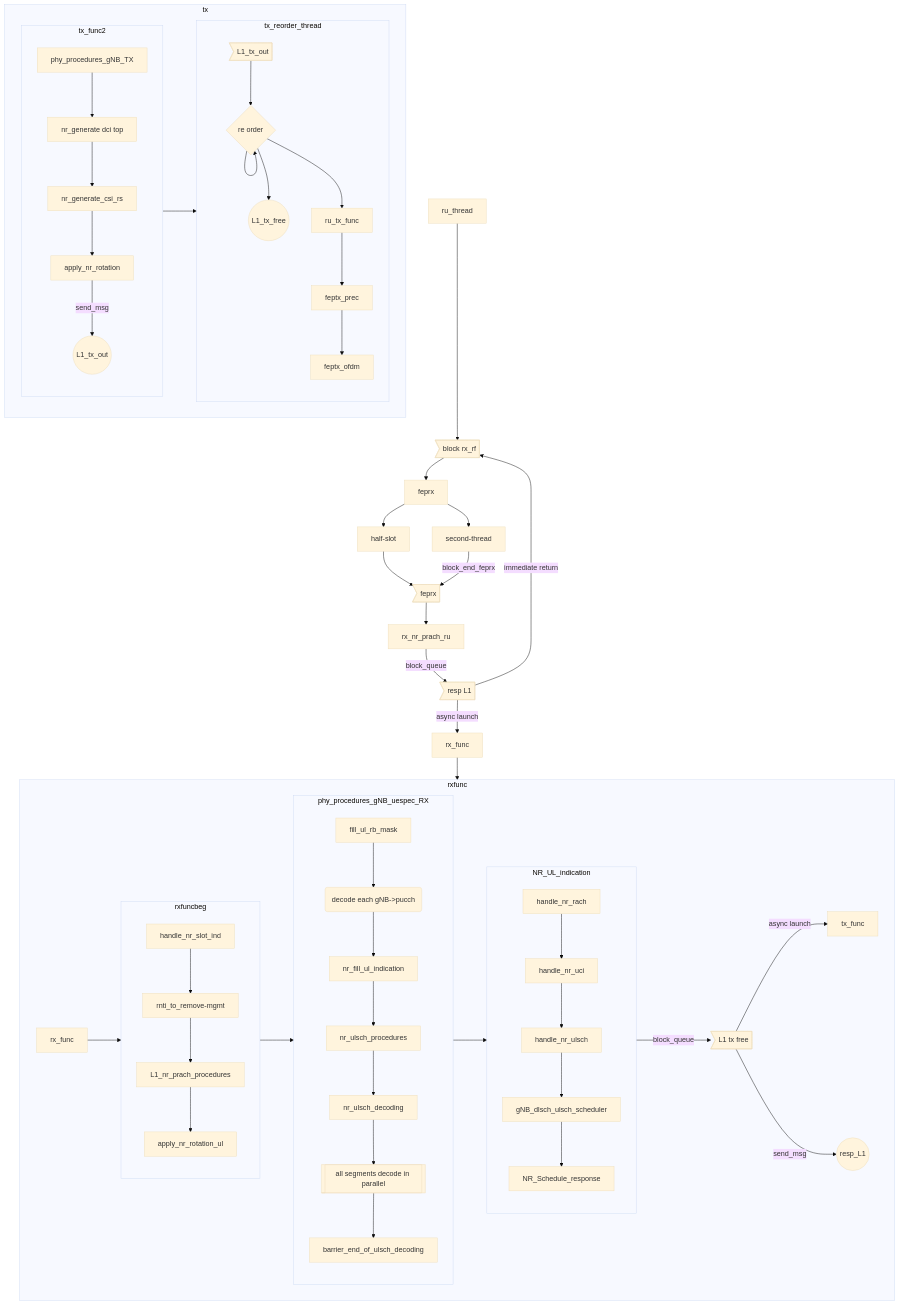
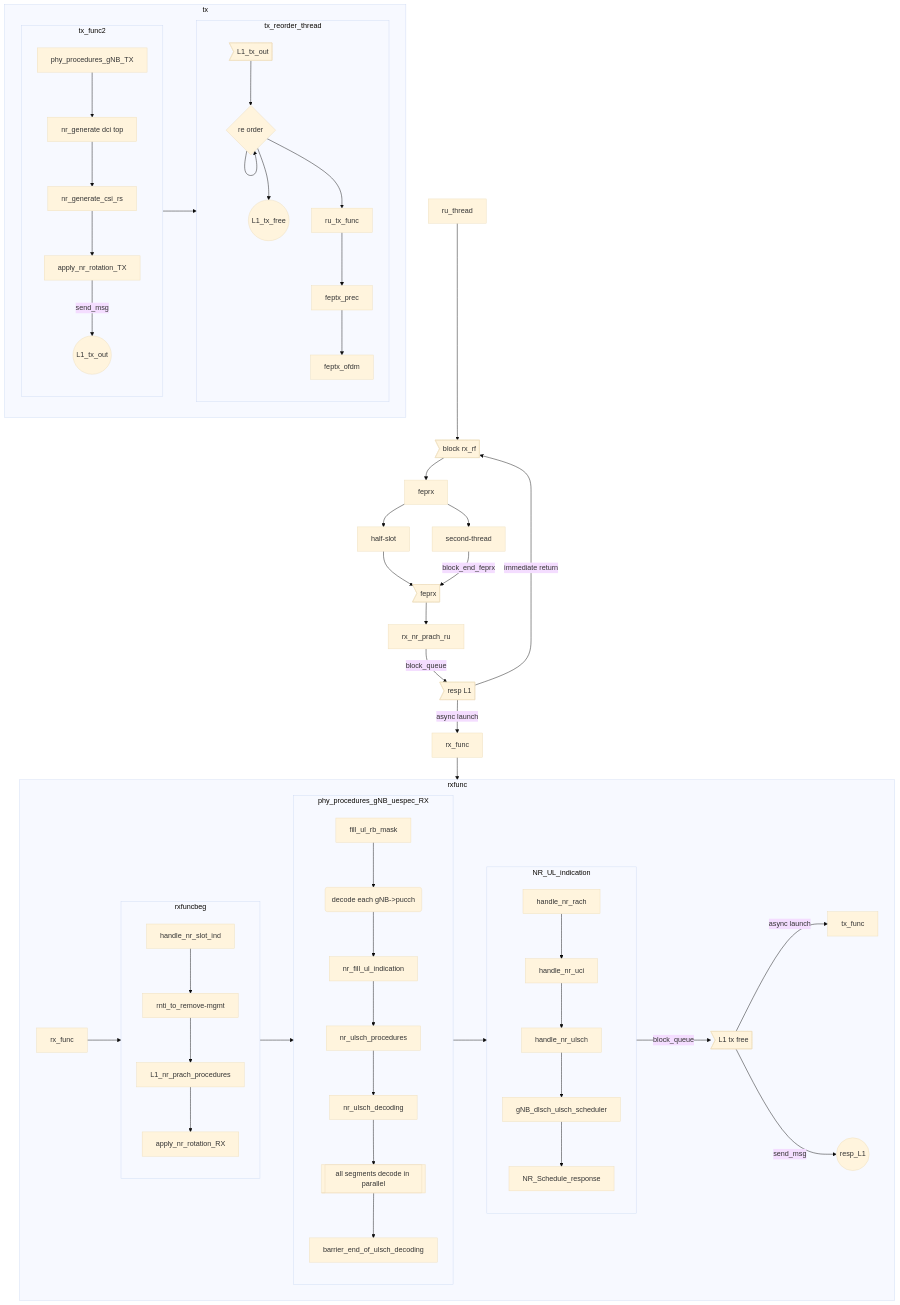
One commit to 5GSEC/OAI-5G changed the diagram in doc/SW_archi.md. Above: the diagram before and after it, drawn with Mermaid (base theme). The commit also changed other lines of this file and 1426 other files, not shown here.

````diff
--- a/doc/SW_archi.md
+++ b/doc/SW_archi.md
@@ -20,64 +20,64 @@
 ```mermaid
 flowchart TB
     A[ru_thread] --> RFin>block rx_rf] --> feprx
     feprx --> half-slot --> end_feprx
     feprx --> second-thread -- block_end_feprx --> end_feprx>feprx]
     end_feprx --> rx_nr_prach_ru
 rx_nr_prach_ru -- block_queue --> resp_L1>resp L1]
 resp_L1 -- async launch --> rx_func
 resp_L1 -- immediate return --> RFin
 
 subgraph rxfunc
 rx_func_implem[rx_func] 
     subgraph rxfuncbeg
       handle_nr_slot_ind
       --> rnti_to_remove-mgmt
       --> L1_nr_prach_procedures
-      --> apply_nr_rotation_ul
+      --> apply_nr_rotation_RX
     end 
     subgraph phy_procedures_gNB_uespec_RX
       fill_ul_rb_mask
       --> pucch(decode each gNB->pucch)
       -->nr_fill_ul_indication
       --> nr_ulsch_procedures
       --> nr_ulsch_decoding
       --> segInParallel[[all segments decode in parallel]]
       --> barrier_end_of_ulsch_decoding
     end 
     subgraph NR_UL_indication
       handle_nr_rach
       --> handle_nr_uci
       --> handle_nr_ulsch
       --> gNB_dlsch_ulsch_scheduler
       --> NR_Schedule_response
     end 
     rx_func_implem --> rxfuncbeg
     rxfuncbeg --> phy_procedures_gNB_uespec_RX
 phy_procedures_gNB_uespec_RX --> NR_UL_indication
 -- block_queue --> L1_tx_free2>L1 tx free]
 -- async launch --> tx_func
 L1_tx_free2 -- send_msg --> rsp((resp_L1))
 end 
 rx_func --> rxfunc
 
 
 subgraph tx
     direction LR
     subgraph tx_func2
        phy_procedures_gNB_TX
        --> dcitop[nr_generate dci top]
        --> nr_generate_csi_rs
-       --> apply_nr_rotation
+       --> apply_nr_rotation_TX
        -- send_msg --> end_tx_func((L1_tx_out))
     end
     subgraph tx_reorder_thread
         L1_tx_out>L1_tx_out]
         --> reorder{re order} --> reorder
         reorder --> ru_tx_func
         reorder --> L1_tx_free((L1_tx_free))
         ru_tx_func --> feptx_prec
         --> feptx_ofdm
     end 
     tx_func2 --> tx_reorder_thread
 end
 ```
````
